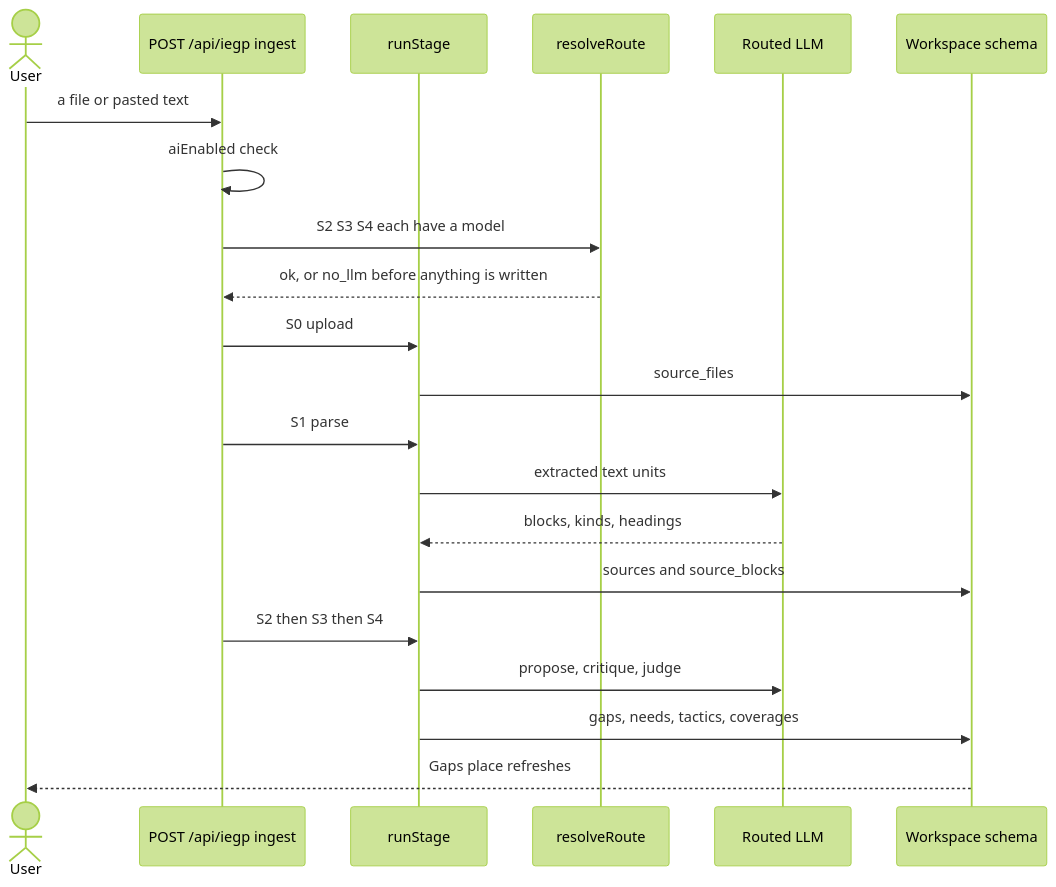
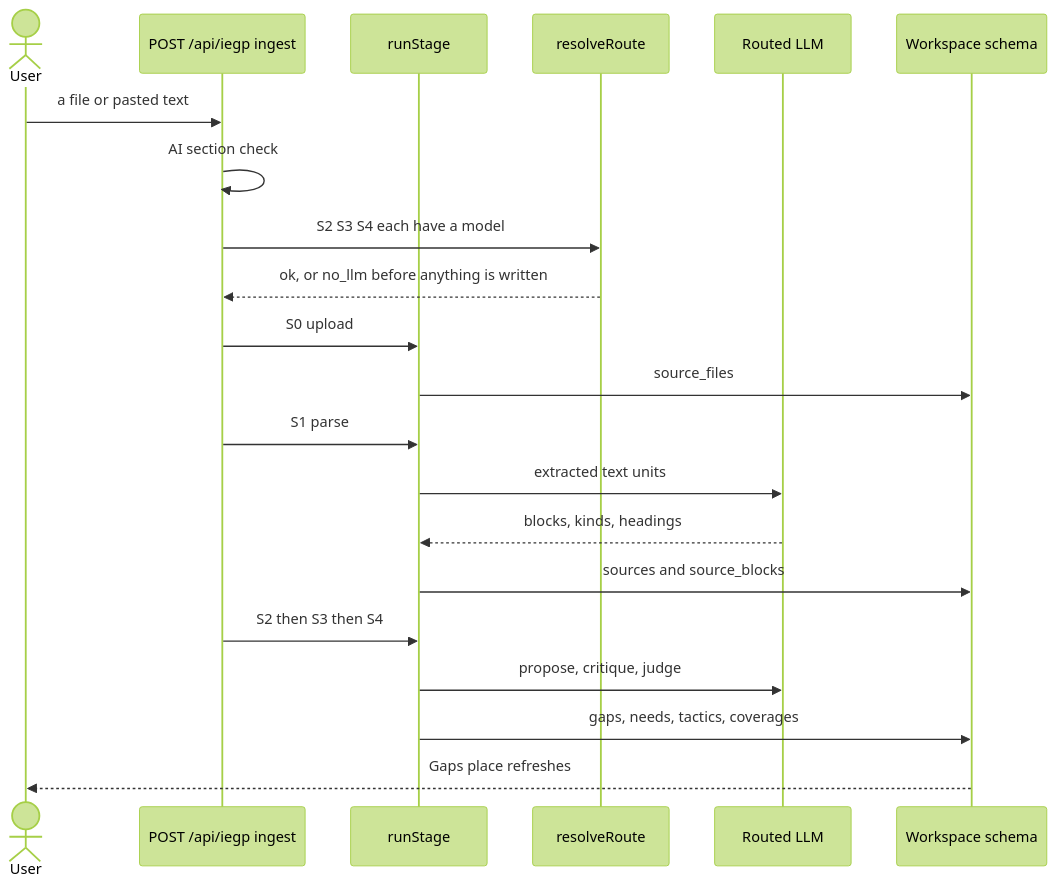
The second of 2 diagrams in docs/sdlc/10-flow-technical.md (Shashb21/synapse), drawn with Mermaid (forest theme) before and after one commit. The commit also changed other lines of this file and 8 other files, not shown here.

````diff
--- a/docs/sdlc/10-flow-technical.md
+++ b/docs/sdlc/10-flow-technical.md
@@ -54,24 +54,24 @@
 ```mermaid
 sequenceDiagram
   actor User
   participant API as POST /api/iegp ingest
   participant Kernel as runStage
   participant Route as resolveRoute
   participant LLM as Routed LLM
   participant DB as Workspace schema
 
   User->>API: a file or pasted text
-  API->>API: aiEnabled check
+  API->>API: AI section check
   API->>Route: S2 S3 S4 each have a model
   Route-->>API: ok, or no_llm before anything is written
   API->>Kernel: S0 upload
   Kernel->>DB: source_files
   API->>Kernel: S1 parse
   Kernel->>LLM: extracted text units
   LLM-->>Kernel: blocks, kinds, headings
   Kernel->>DB: sources and source_blocks
   API->>Kernel: S2 then S3 then S4
   Kernel->>LLM: propose, critique, judge
   Kernel->>DB: gaps, needs, tactics, coverages
   DB-->>User: Gaps place refreshes
 ```
````
